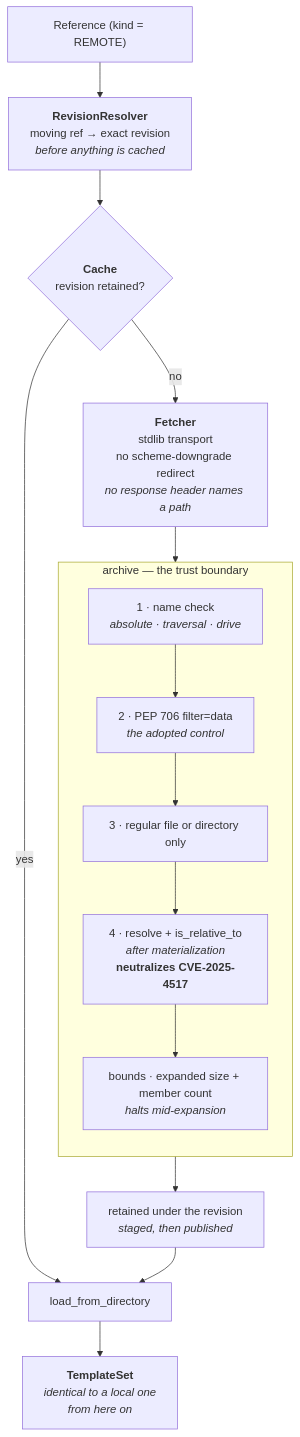
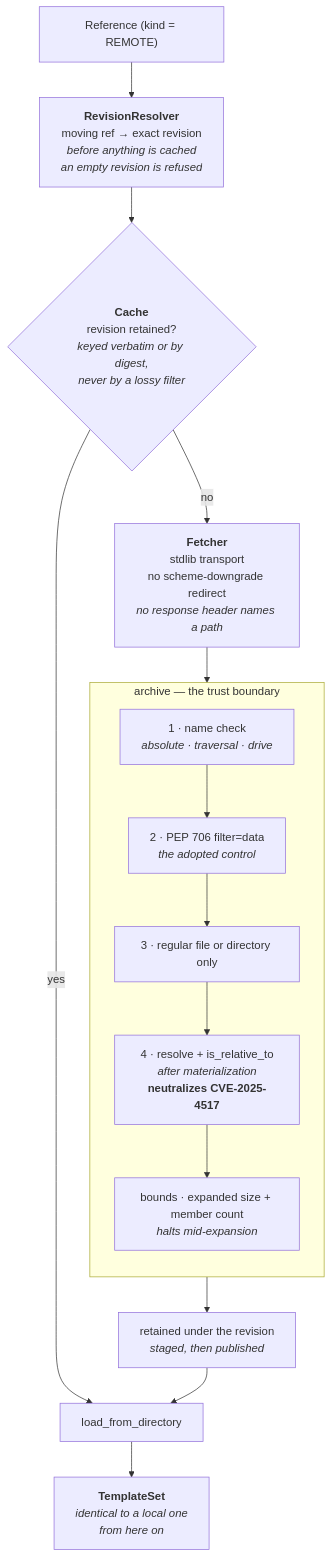
One commit to hlop3z/spoc changed the second of 4 diagrams in docs/architecture/scaffold-resolution.md. Above: the diagram before and after it, drawn with Mermaid. The commit also changed other lines of this file and 2 other files, not shown here.

````diff
--- a/docs/architecture/scaffold-resolution.md
+++ b/docs/architecture/scaffold-resolution.md
@@ -61,25 +61,25 @@
 ```mermaid
 flowchart TB
     start["Reference (kind = REMOTE)"]
 
-    resolve["<b>RevisionResolver</b><br/>moving ref → exact revision<br/><i>before anything is cached</i>"]
-    cachehit{"<b>Cache</b><br/>revision retained?"}
+    resolve["<b>RevisionResolver</b><br/>moving ref → exact revision<br/><i>before anything is cached</i><br/><i>an empty revision is refused</i>"]
+    cachehit{"<b>Cache</b><br/>revision retained?<br/><i>keyed verbatim or by digest,<br/>never by a lossy filter</i>"}
     fetch["<b>Fetcher</b><br/>stdlib transport<br/>no scheme-downgrade redirect<br/><i>no response header names a path</i>"]
 
     subgraph admit ["archive — the trust boundary"]
         direction TB
         names["1 · name check<br/><i>absolute · traversal · drive</i>"]
         filter["2 · PEP 706 filter=data<br/><i>the adopted control</i>"]
         kind["3 · regular file or directory only"]
         contain["4 · resolve + is_relative_to<br/><i>after materialization</i><br/><b>neutralizes CVE-2025-4517</b>"]
         bounds["bounds · expanded size + member count<br/><i>halts mid-expansion</i>"]
     end
 
     retain["retained under the revision<br/><i>staged, then published</i>"]
     load["load_from_directory"]
     out["<b>TemplateSet</b><br/><i>identical to a local one<br/>from here on</i>"]
 
     start --> resolve --> cachehit
     cachehit -->|yes| load
     cachehit -->|no| fetch --> names --> filter --> kind --> contain --> bounds --> retain --> load --> out
 ```
````
